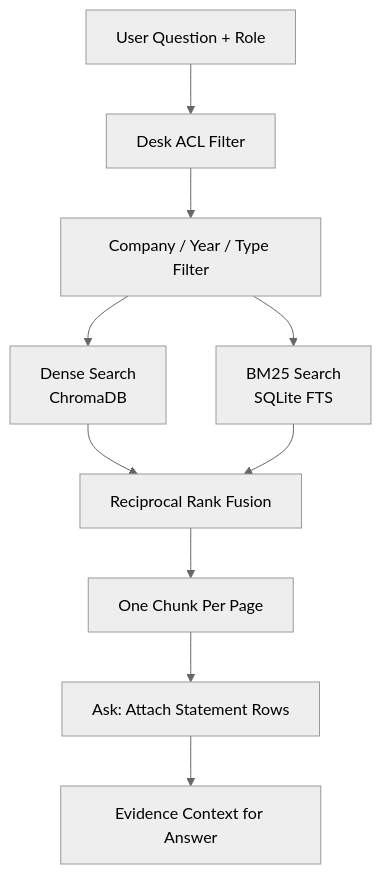
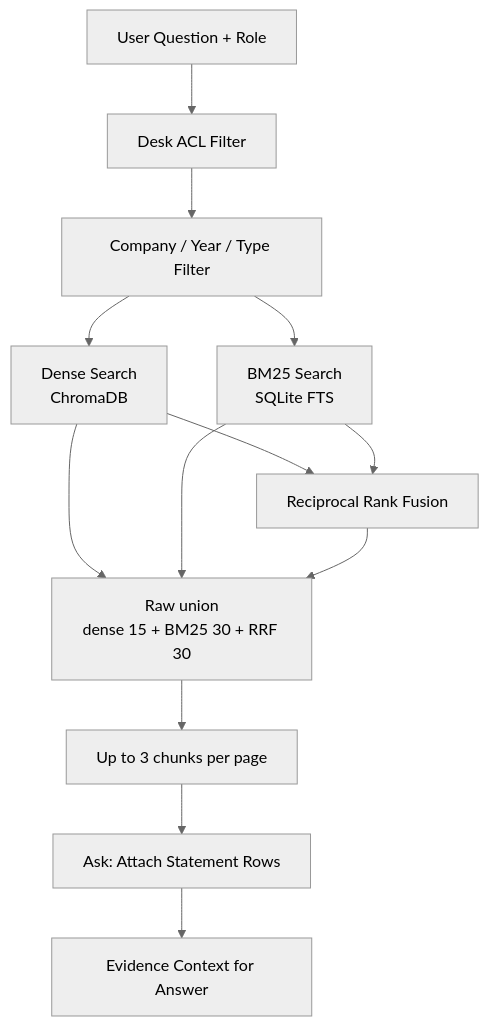
One commit to Nisahoorain/grounded-knowledge-search changed the second of 4 diagrams in README.md. Above: the diagram before and after it, drawn with Mermaid (neutral theme). The commit also changed other lines of this file and 17 other files, not shown here.

````diff
--- a/README.md
+++ b/README.md
@@ -71,12 +71,15 @@
 ```mermaid
 flowchart TD
     Q[User Question + Role] --> R[Desk ACL Filter]
     R --> S[Company / Year / Type Filter]
     S --> T1[Dense Search<br/>ChromaDB]
     S --> T2[BM25 Search<br/>SQLite FTS]
     T1 --> U[Reciprocal Rank Fusion]
     T2 --> U
-    U --> V[One Chunk Per Page]
-    V --> W[Ask: Attach Statement Rows]
+    T1 --> V[Raw union<br/>dense 15 + BM25 30 + RRF 30]
+    T2 --> V
+    U --> V
+    V --> V2[Up to 3 chunks per page]
+    V2 --> W[Ask: Attach Statement Rows]
     W --> X[Evidence Context for Answer]
 ```
````
